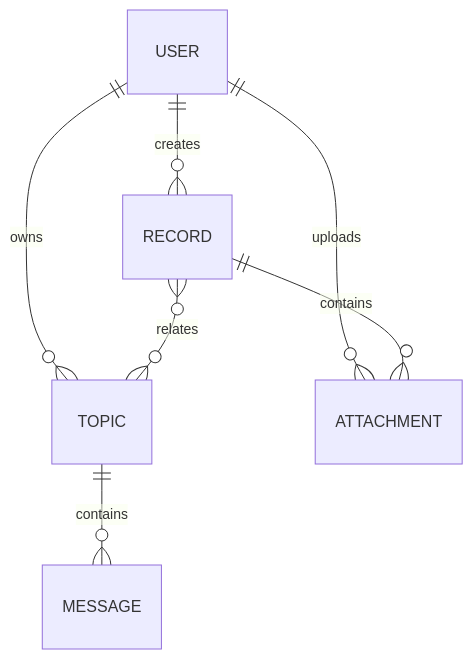
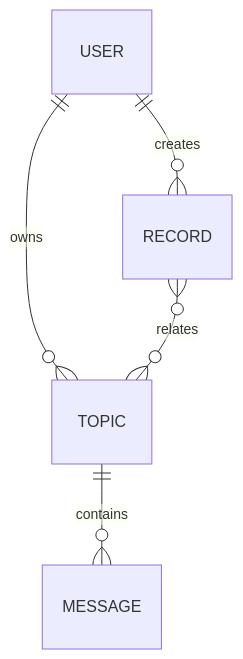
Before and after one commit to huiru-wang/eiko: the third of 9 diagrams in docs/backend-architecture.md, drawn with Mermaid. The commit also changed other lines of this file and 71 other files, not shown here.

````diff
--- a/docs/backend-architecture.md
+++ b/docs/backend-architecture.md
@@ -214,9 +132,7 @@
 ```mermaid
 erDiagram
     USER ||--o{ RECORD : creates
     USER ||--o{ TOPIC : owns
-    USER ||--o{ ATTACHMENT : uploads
     RECORD }o--o{ TOPIC : relates
     TOPIC ||--o{ MESSAGE : contains
-    RECORD ||--o{ ATTACHMENT : contains
 ```
````
